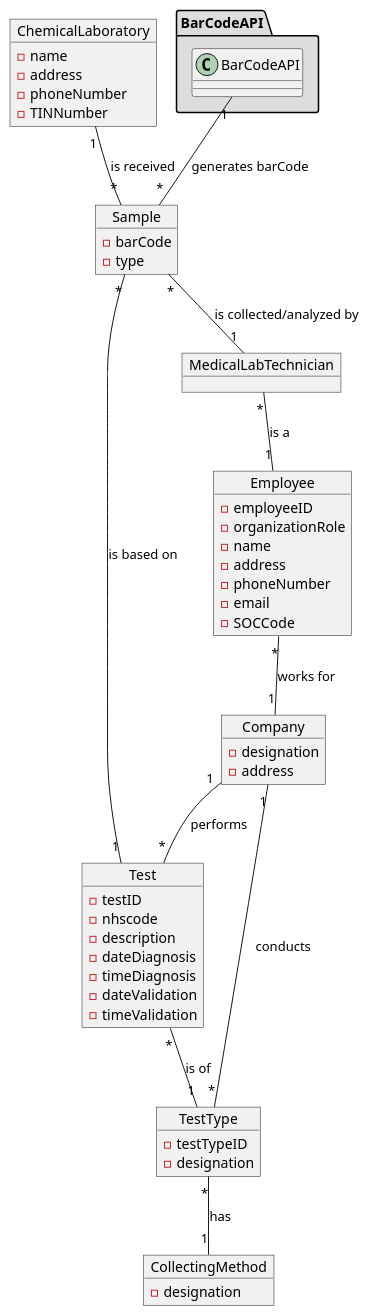
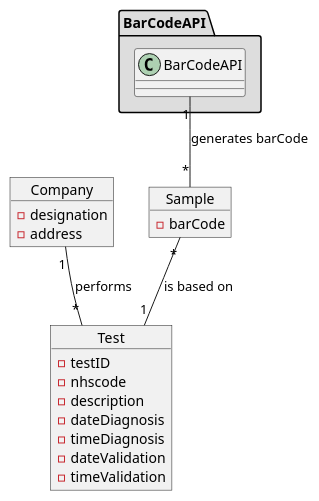
Before and after one commit to jsmarques98/LAPR2-ISEP: the diagram in docs/SprintC/US5/US5-MD.puml, drawn with PlantUML. The commit also changed 7 other files, not shown here.

```diff
--- a/docs/SprintC/US5/US5-MD.puml
+++ b/docs/SprintC/US5/US5-MD.puml
@@ -1,76 +1,35 @@
 @startuml
 
 object Company{
 -designation
 -address
 }
 
 object Sample{
 -barCode
--type
-}
-
-object ChemicalLaboratory{
--name
--address
--phoneNumber
--TINNumber
 }
 
 object Test{
 -testID
 -nhscode
 -description
 -dateDiagnosis
 -timeDiagnosis
 -dateValidation
 -timeValidation
 }
 
-
-object Employee{
--employeeID
--organizationRole
--name
--address
--phoneNumber
--email
--SOCCode
-
-}
-
-object MedicalLabTechnician{
-}
-
-object TestType{
--testTypeID
--designation
-}
-
 object BarCodeAPI{
 }
 
-object CollectingMethod{
--designation
-}
-
-Company "1" -- "*" TestType : conducts
-TestType "*" -- "1" CollectingMethod : has
 
 Company "1" -- "*" Test : performs
 
-Test "*" -- "1" TestType : is of
-
-Sample "*" -- "1" MedicalLabTechnician : is collected/analyzed by
 Sample "*" -- "1" Test : is based on
-
-ChemicalLaboratory "1" -- "*" Sample : is received
 
 package "BarCodeAPI" #DDDDDD{
 	BarCodeAPI "1" -- "*" Sample : generates barCode
 }
 
-MedicalLabTechnician "*" -- "1" Employee : is a
-Employee "*" -- "1" Company : works for
 
 @enduml
```
